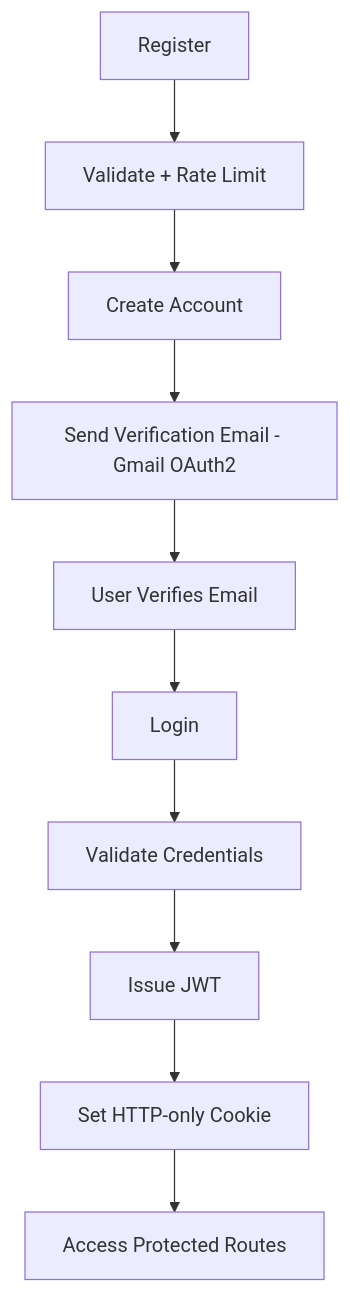
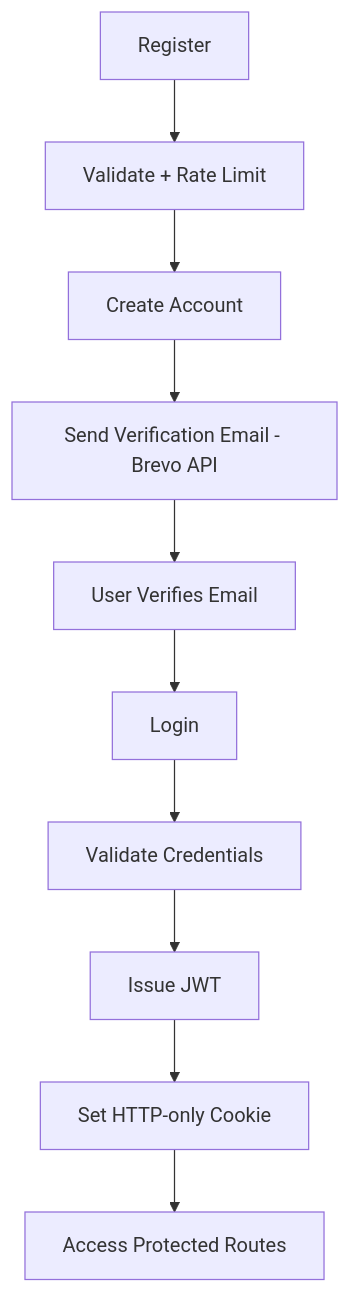
The fourth of 4 diagrams in README.md (hari5827/AskQuery-Genai), drawn with Mermaid before and after one commit. The commit also changed other lines of this file, not shown here.

````diff
--- a/README.md
+++ b/README.md
@@ -150,12 +156,12 @@
 ```mermaid
 flowchart TD
     A[Register] --> B[Validate + Rate Limit]
     B --> C[Create Account]
-    C --> D[Send Verification Email - Gmail OAuth2]
+    C --> D[Send Verification Email - Brevo API]
     D --> E[User Verifies Email]
     E --> F[Login]
     F --> G[Validate Credentials]
     G --> H[Issue JWT]
     H --> I[Set HTTP-only Cookie]
     I --> J[Access Protected Routes]
 ```
````
